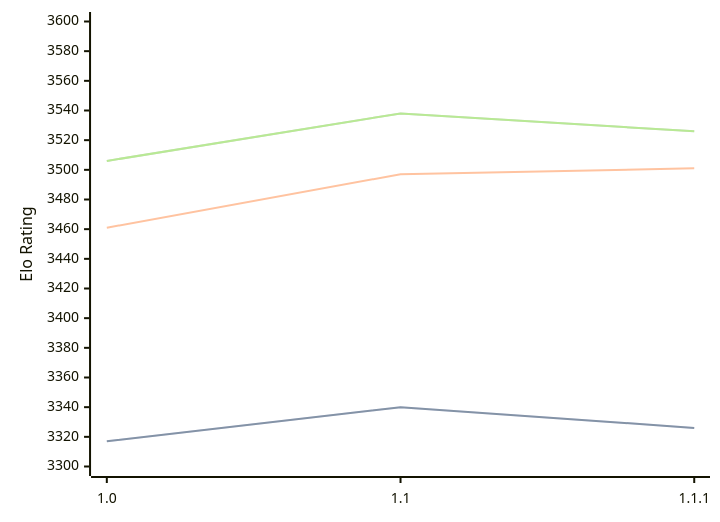
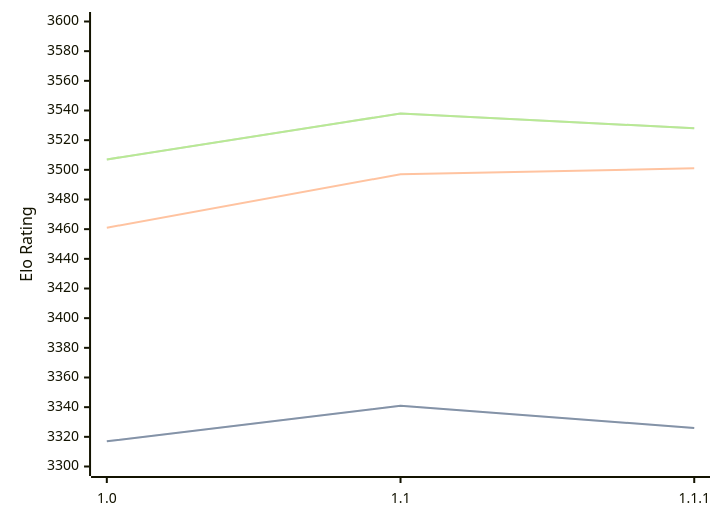
Before and after one commit to computer-chess-index/cci: the diagram in engines/Icarus.md, drawn with Mermaid. The commit also changed other lines of this file, not shown here.

Commit message:
Update CCI Ratings (ELO VLTC) - 2026-09-09

````diff
--- a/engines/Icarus.md
+++ b/engines/Icarus.md
@@ -33,11 +33,11 @@
 ```mermaid
 %%{init: {"theme":"base","themeVariables":{"seriesColors:['#a3a3a3','#222221','#faa371']}}}%%
 xychart-beta
   x-axis ["1.0", "1.1", "1.1.1"]
   y-axis "Elo Rating" 3300 --> 3600
-  line "" [3317, 3340, 3326]
-  line "STC (8.0+0.08s)" [3317, 3340, 3326]
+  line "" [3317, 3341, 3326]
+  line "STC (8.0+0.08s)" [3317, 3341, 3326]
   line "LTC (60.0+0.60s)" [3461, 3497, 3501]
-  line "" [3506, 3538, 3526]
-  line "VLTC (2m24s+1.12s)" [3506, 3538, 3526]
+  line "" [3507, 3538, 3528]
+  line "VLTC (2m24s+1.12s)" [3507, 3538, 3528]
 ```
````
